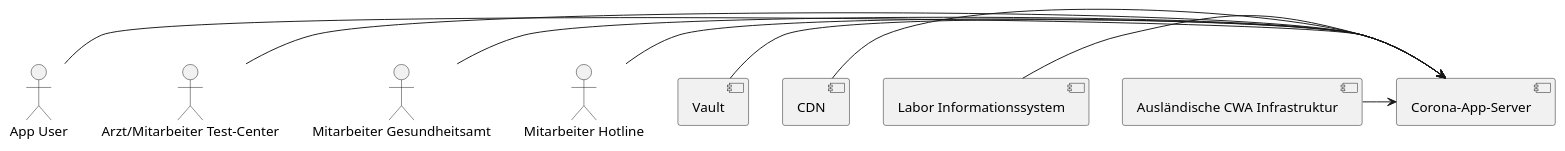
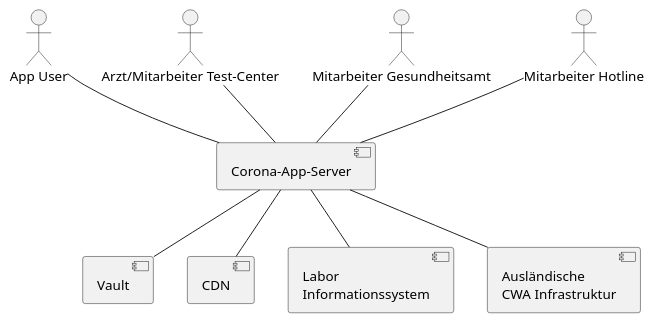
The diagram in src/site/content/arc-overview/overview.adoc (docToolchain/arc42-template-project), drawn with PlantUML before and after one commit. The commit also changed other lines of this file and 3 other files, not shown here.

Commit message:
brushed up diagrams

```diff
--- a/src/site/content/arc-overview/overview.adoc
+++ b/src/site/content/arc-overview/overview.adoc
@@ -61,22 +61,22 @@
 [plantuml]
 ----
 component [Corona-App-Server] as server
 component Vault
 component CDN
-component "Labor Informationssystem" as labor
-component "Ausländische CWA Infrastruktur" as ausland
+component "Labor\nInformationssystem" as labor
+component "Ausländische\nCWA Infrastruktur" as ausland
 actor "App User" as user
 actor "Arzt/Mitarbeiter Test-Center" as arzt
 actor "Mitarbeiter Gesundheitsamt" as gesundheitsamt
 actor "Mitarbeiter Hotline" as hotline
 
-user -> server
-arzt -> server
-gesundheitsamt -> server
-hotline -> server
+user -down- server
+arzt -down- server
+gesundheitsamt -down- server
+hotline -down- server
 
-Vault -> server
-CDN -> server
-labor -> server
-ausland -> server
+Vault -up- server
+CDN -up- server
+labor -up- server
+ausland -up- server
 ----
```
